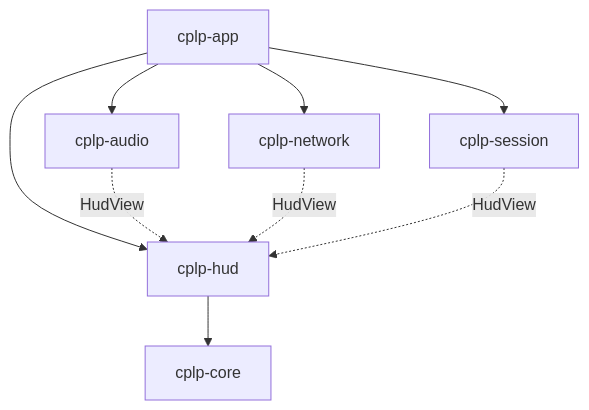
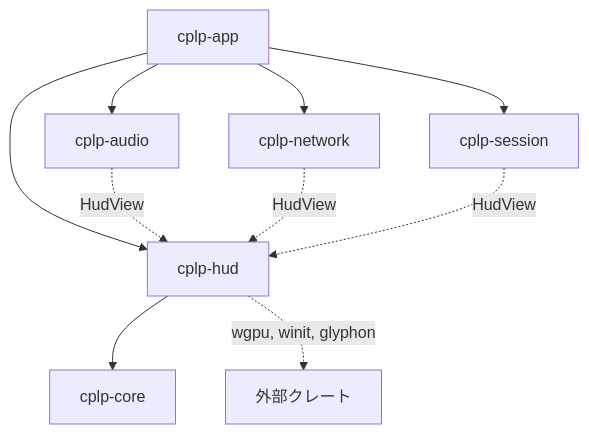
The first of 3 diagrams in docs/plans/2026-02-22-hud-gui-design.md (chronista-club/cplp-sound-system), drawn with Mermaid before and after one commit. The commit also changed other lines of this file, not shown here.

First line of the commit message:
docs: HUD 設計を wgpu 直上フルスクラッチ版に更新

````diff
--- a/docs/plans/2026-02-22-hud-gui-design.md
+++ b/docs/plans/2026-02-22-hud-gui-design.md
@@ -50,11 +84,12 @@
 ```mermaid
 graph TB
     APP[cplp-app] --> HUD[cplp-hud]
     APP --> SESSION[cplp-session]
     APP --> AUDIO[cplp-audio]
     APP --> NETWORK[cplp-network]
     HUD --> CORE[cplp-core]
+    HUD -.->|wgpu, winit, glyphon| EXT[外部クレート]
     AUDIO -.->|HudView| HUD
     NETWORK -.->|HudView| HUD
     SESSION -.->|HudView| HUD
 ```
````
